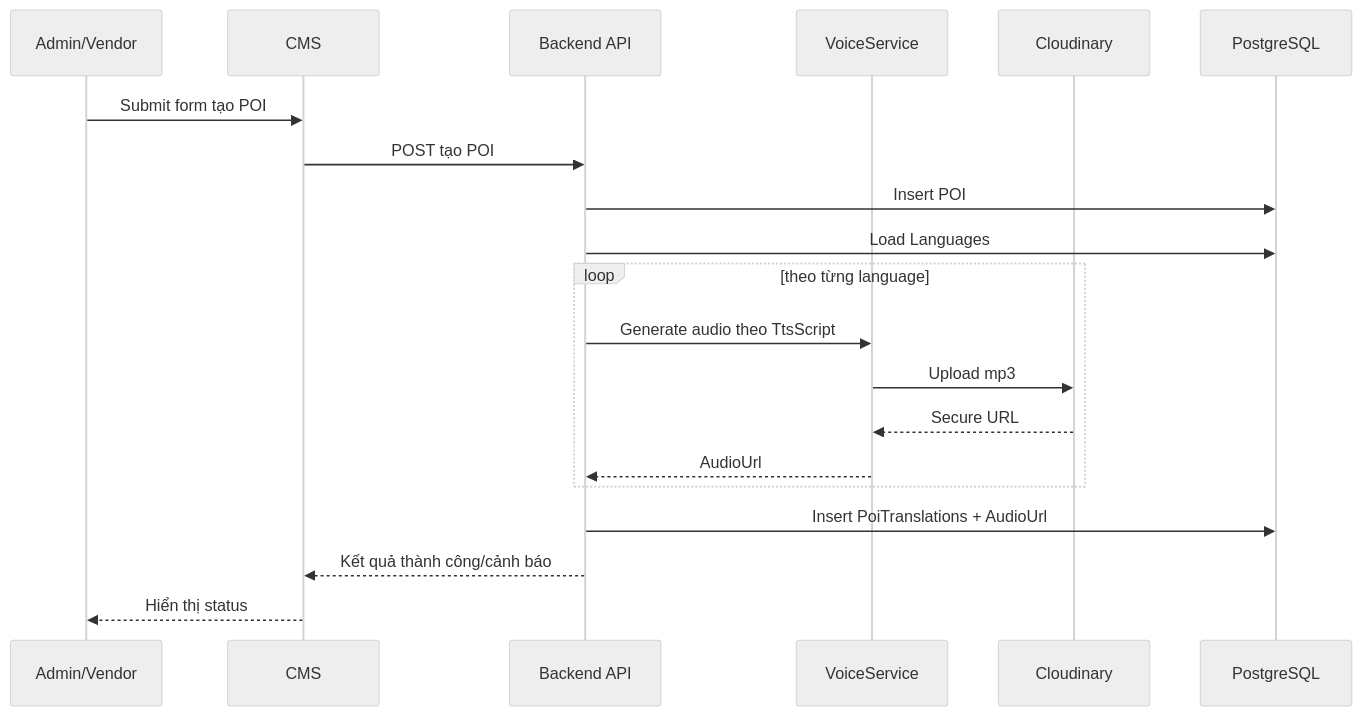
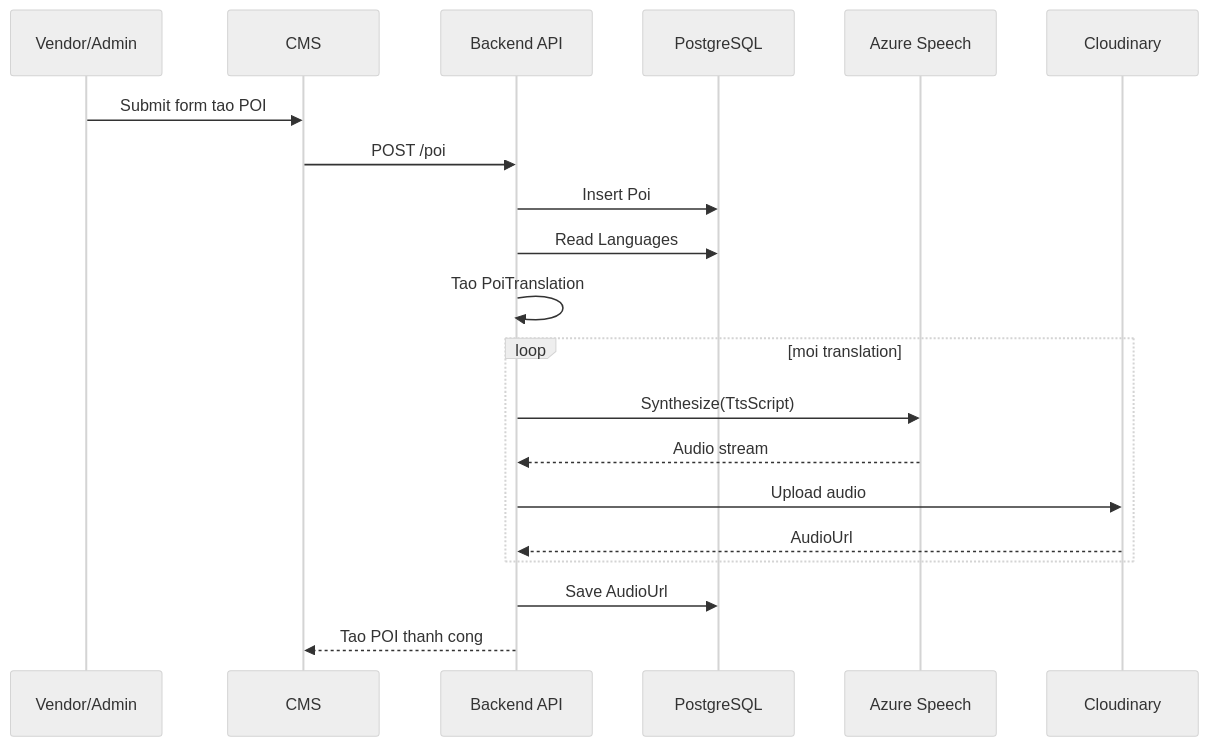
One commit to EricHoang28092k5/SmartTour changed the fourth of 9 diagrams in PRD_SmartTour.md. Above: the diagram before and after it, drawn with Mermaid (neutral theme). The commit also changed other lines of this file, not shown here.

````diff
--- a/PRD_SmartTour.md
+++ b/PRD_SmartTour.md
@@ -847,23 +208,23 @@
 ```mermaid
 sequenceDiagram
-    participant U as Admin/Vendor
-    participant C as CMS
-    participant A as Backend API
-    participant V as VoiceService
-    participant CL as Cloudinary
+    participant V as Vendor/Admin
+    participant CMS as CMS
+    participant API as Backend API
     participant DB as PostgreSQL
+    participant TTS as Azure Speech
+    participant CLD as Cloudinary
 
-    U->>C: Submit form tạo POI
-    C->>A: POST tạo POI
-    A->>DB: Insert POI
-    A->>DB: Load Languages
-    loop theo từng language
-        A->>V: Generate audio theo TtsScript
-        V->>CL: Upload mp3
-        CL-->>V: Secure URL
-        V-->>A: AudioUrl
+    V->>CMS: Submit form tao POI
+    CMS->>API: POST /poi
+    API->>DB: Insert Poi
+    API->>DB: Read Languages
+    API->>API: Tao PoiTranslation
+    loop moi translation
+        API->>TTS: Synthesize(TtsScript)
+        TTS-->>API: Audio stream
+        API->>CLD: Upload audio
+        CLD-->>API: AudioUrl
     end
-    A->>DB: Insert PoiTranslations + AudioUrl
-    A-->>C: Kết quả thành công/cảnh báo
-    C-->>U: Hiển thị status
+    API->>DB: Save AudioUrl
+    API-->>CMS: Tao POI thanh cong
 ```
````
